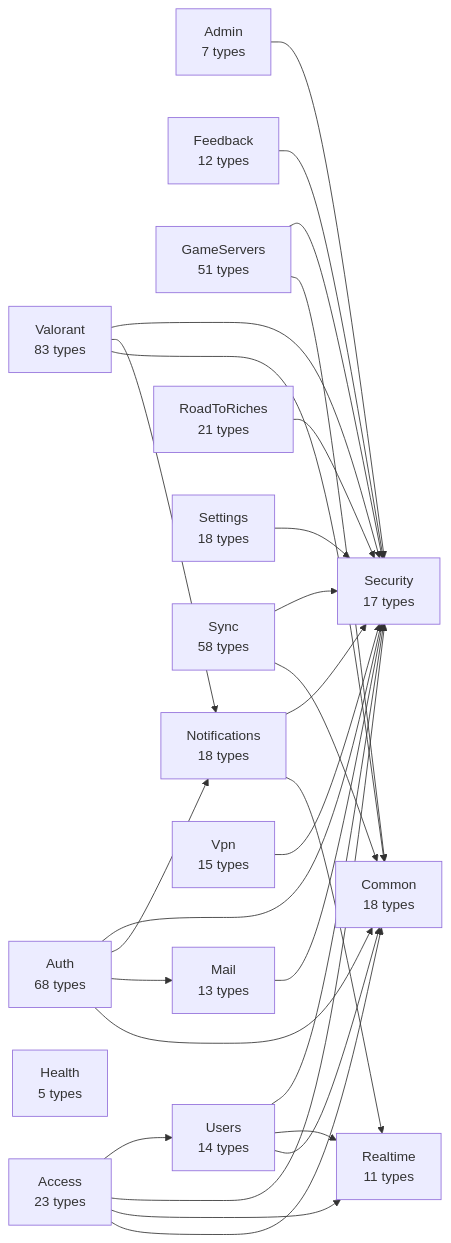
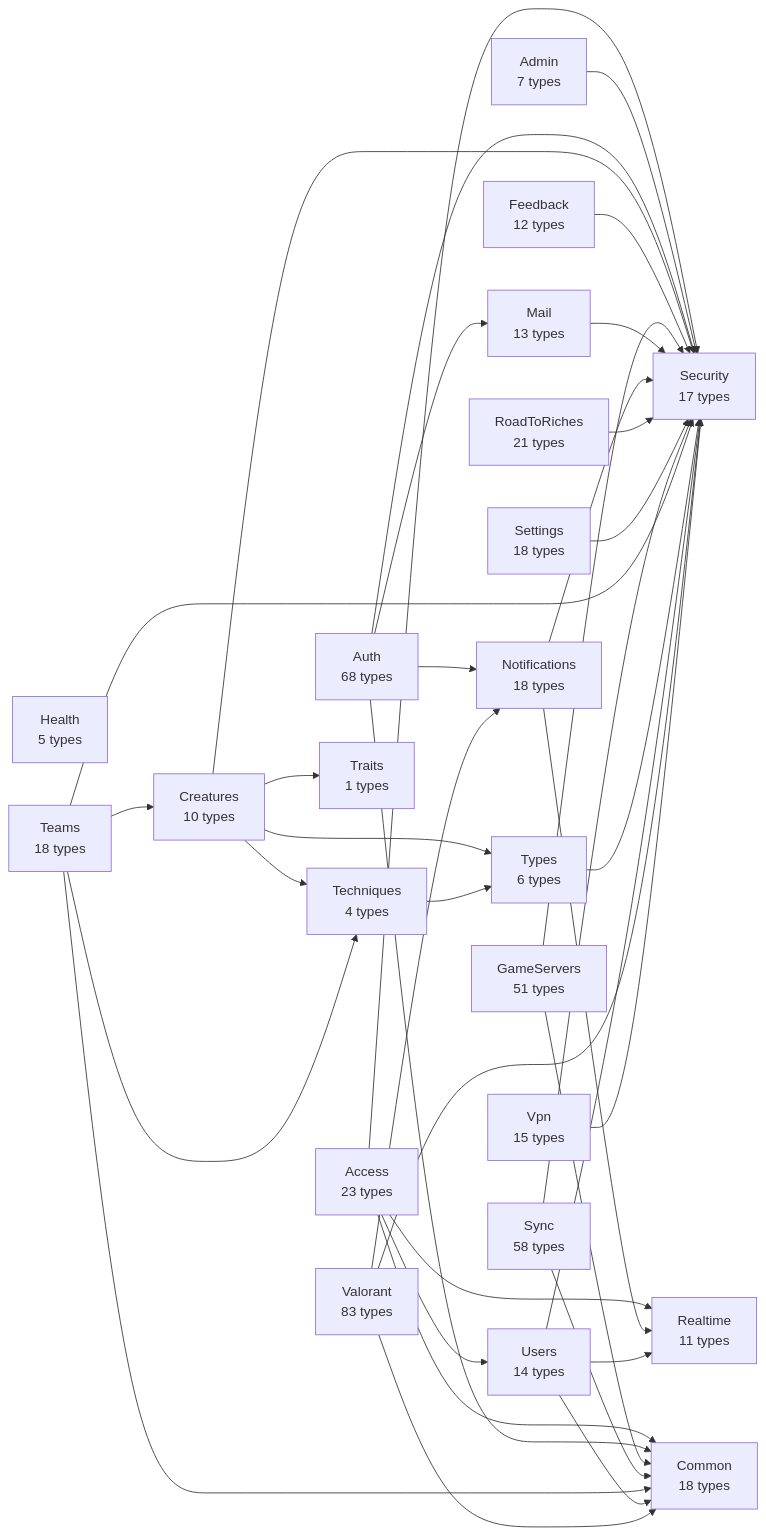
Before and after one commit to huiitre/Tools-app: the diagram in api/docs/diagrams/00-modules.md, drawn with Mermaid. The commit also changed 85 other files, not shown here.

````diff
--- a/api/docs/diagrams/00-modules.md
+++ b/api/docs/diagrams/00-modules.md
@@ -5,46 +5,61 @@
 ```mermaid
 flowchart LR
   Access["Access<br/>23 types"]
   Admin["Admin<br/>7 types"]
   Auth["Auth<br/>68 types"]
   Common["Common<br/>18 types"]
+  Creatures["Creatures<br/>10 types"]
   Feedback["Feedback<br/>12 types"]
   GameServers["GameServers<br/>51 types"]
   Health["Health<br/>5 types"]
   Mail["Mail<br/>13 types"]
   Notifications["Notifications<br/>18 types"]
   Realtime["Realtime<br/>11 types"]
   RoadToRiches["RoadToRiches<br/>21 types"]
   Security["Security<br/>17 types"]
   Settings["Settings<br/>18 types"]
   Sync["Sync<br/>58 types"]
+  Teams["Teams<br/>18 types"]
+  Techniques["Techniques<br/>4 types"]
+  Traits["Traits<br/>1 types"]
+  Types["Types<br/>6 types"]
   Users["Users<br/>14 types"]
   Valorant["Valorant<br/>83 types"]
   Vpn["Vpn<br/>15 types"]
   Access --> Common
   Access --> Realtime
   Access --> Security
   Access --> Users
   Admin --> Security
   Auth --> Common
   Auth --> Mail
   Auth --> Notifications
   Auth --> Security
+  Creatures --> Security
+  Creatures --> Techniques
+  Creatures --> Traits
+  Creatures --> Types
   Feedback --> Security
   GameServers --> Common
   GameServers --> Security
   Mail --> Security
   Notifications --> Realtime
   Notifications --> Security
   RoadToRiches --> Security
   Settings --> Security
   Sync --> Common
   Sync --> Security
+  Teams --> Common
+  Teams --> Creatures
+  Teams --> Security
+  Teams --> Techniques
+  Techniques --> Types
+  Types --> Security
   Users --> Common
   Users --> Realtime
   Users --> Security
   Valorant --> Common
   Valorant --> Notifications
   Valorant --> Security
   Vpn --> Security
 ```
````
